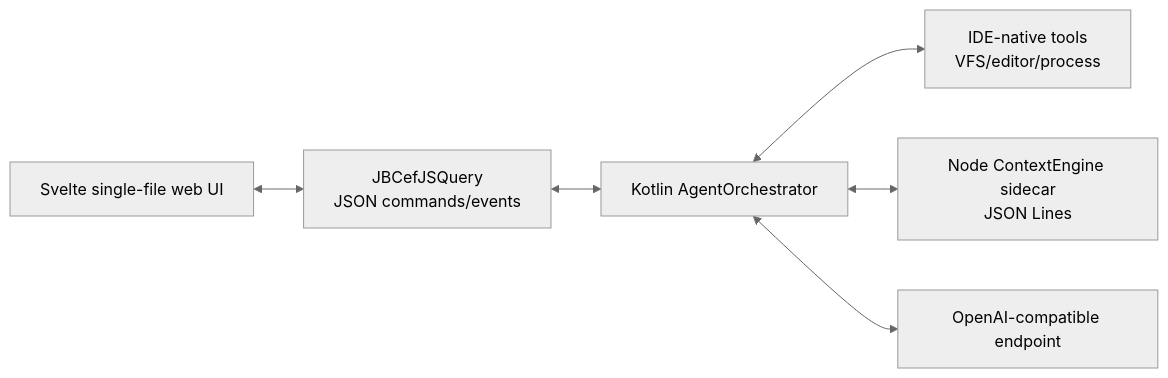
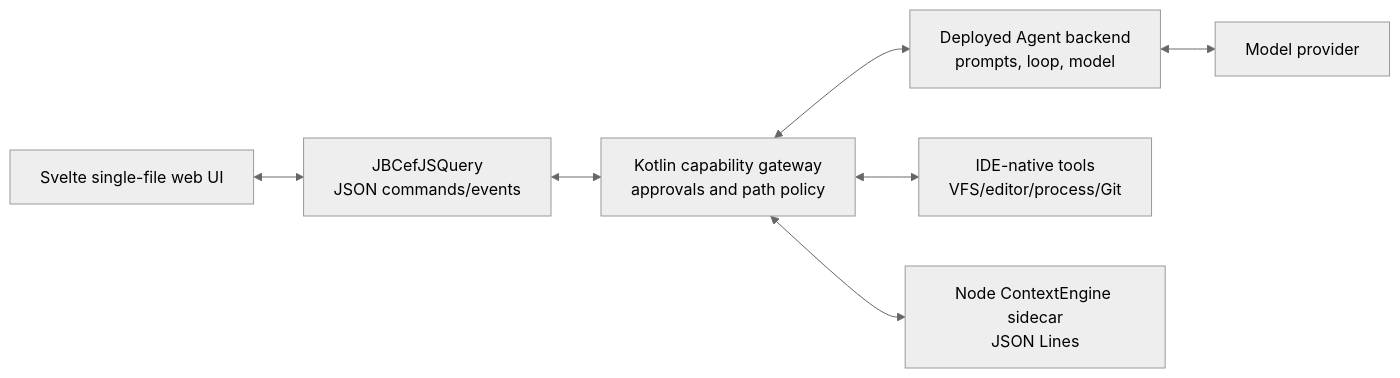
Before and after one commit to lixiang12345/CodeAgent-idea-plugin: the second of 2 diagrams in docs/ARCHITECTURE.md, drawn with Mermaid (neutral theme). The commit also changed other lines of this file and 36 other files, not shown here.

Commit message:
feat: split agent backend from IDE capability gateway

````diff
--- a/docs/ARCHITECTURE.md
+++ b/docs/ARCHITECTURE.md
@@ -44,14 +44,15 @@
 ```mermaid
 flowchart LR
     Web["Svelte single-file web UI"]
     Bridge["JBCefJSQuery\nJSON commands/events"]
-    Agent["Kotlin AgentOrchestrator"]
-    Tools["IDE-native tools\nVFS/editor/process"]
+    Gateway["Kotlin capability gateway\napprovals and path policy"]
+    Backend["Deployed Agent backend\nprompts, loop, model"]
+    Tools["IDE-native tools\nVFS/editor/process/Git"]
     Context["Node ContextEngine sidecar\nJSON Lines"]
-    Model["OpenAI-compatible endpoint"]
+    Model["Model provider"]
 
-    Web <--> Bridge <--> Agent
-    Agent <--> Tools
-    Agent <--> Context
-    Agent <--> Model
+    Web <--> Bridge <--> Gateway
+    Gateway <--> Tools
+    Gateway <--> Context
+    Gateway <--> Backend <--> Model
 ```
````
